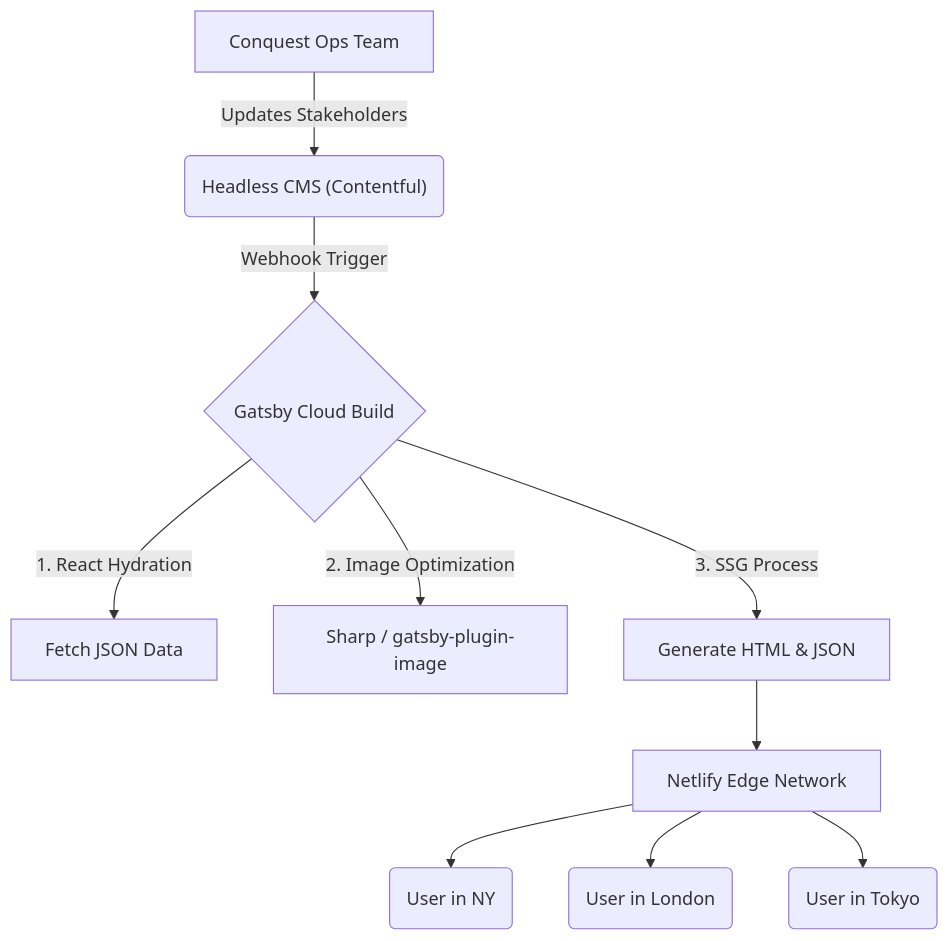
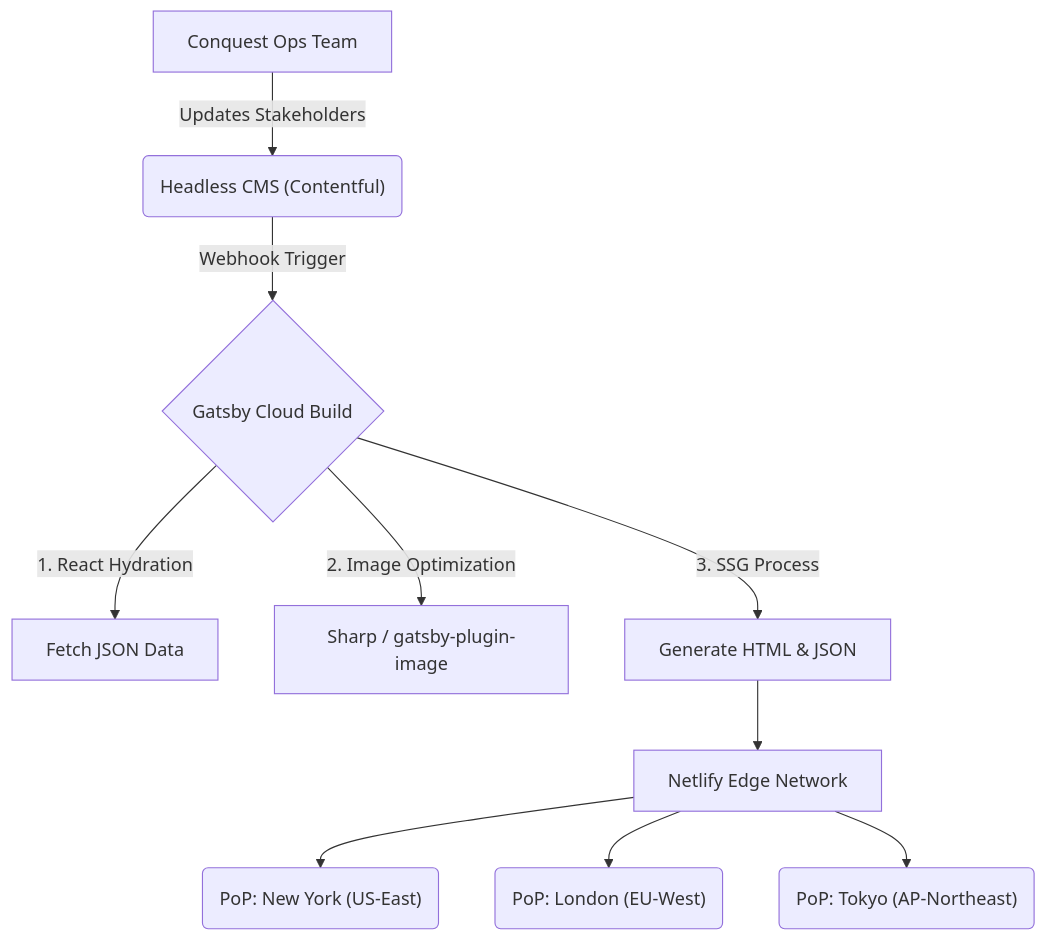
Before and after one commit to Krishna1186/conquest-website-architecture: the diagram in docs/performance_strategy.md, drawn with Mermaid.

Commit message:
docs: use technical PoP terminology in architecture diagram

````diff
--- a/docs/performance_strategy.md
+++ b/docs/performance_strategy.md
@@ -13,12 +13,12 @@
 ```mermaid
 graph TD
     A["Conquest Ops Team"] -->|Updates Stakeholders| B("Headless CMS (Contentful)")
     B -->|Webhook Trigger| C{"Gatsby Cloud Build"}
     C -->|1. React Hydration| D["Fetch JSON Data"]
     C -->|2. Image Optimization| E["Sharp / gatsby-plugin-image"]
     C -->|3. SSG Process| F["Generate HTML & JSON"]
     F -->G["Netlify Edge Network"]
-    G -->H("User in NY")
-    G -->I("User in London")
-    G -->J("User in Tokyo")
+    G -->H("PoP: New York (US-East)")
+    G -->I("PoP: London (EU-West)")
+    G -->J("PoP: Tokyo (AP-Northeast)")
 ```
````
